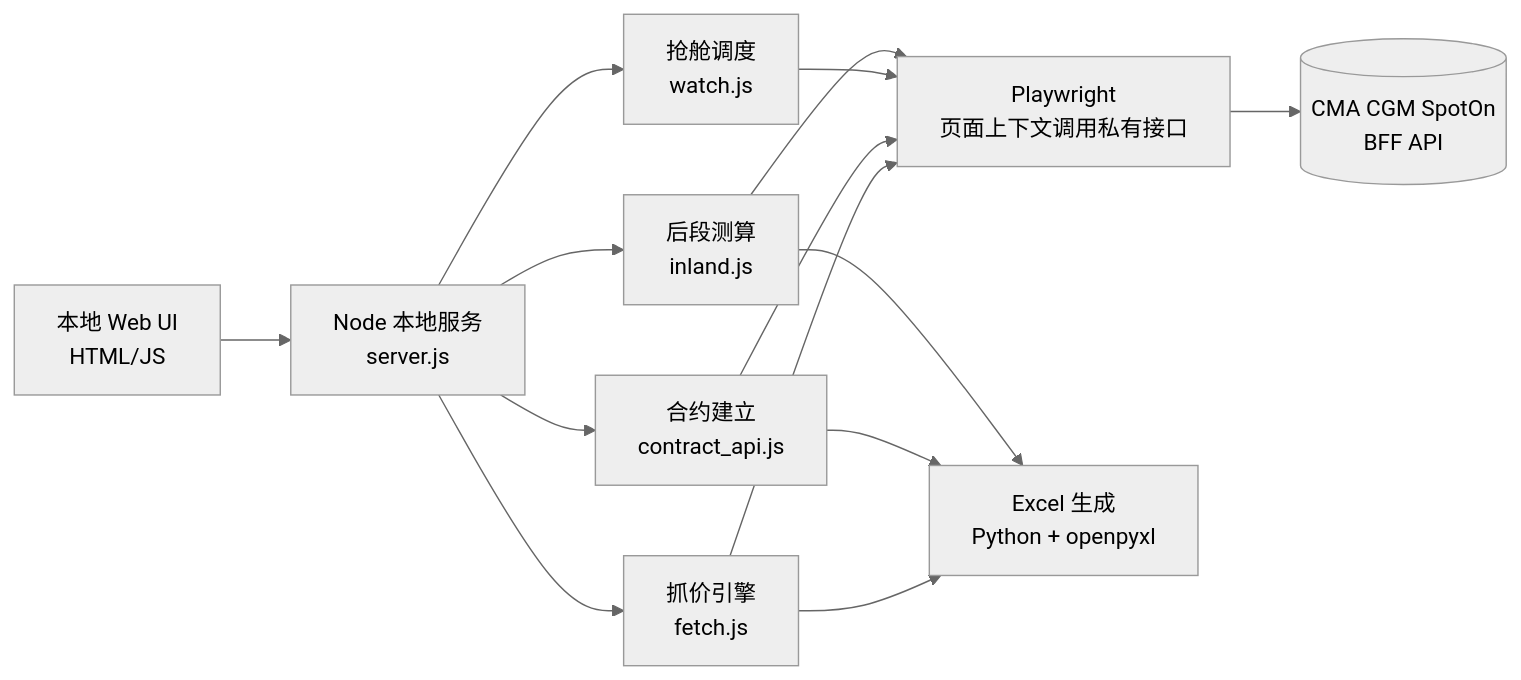
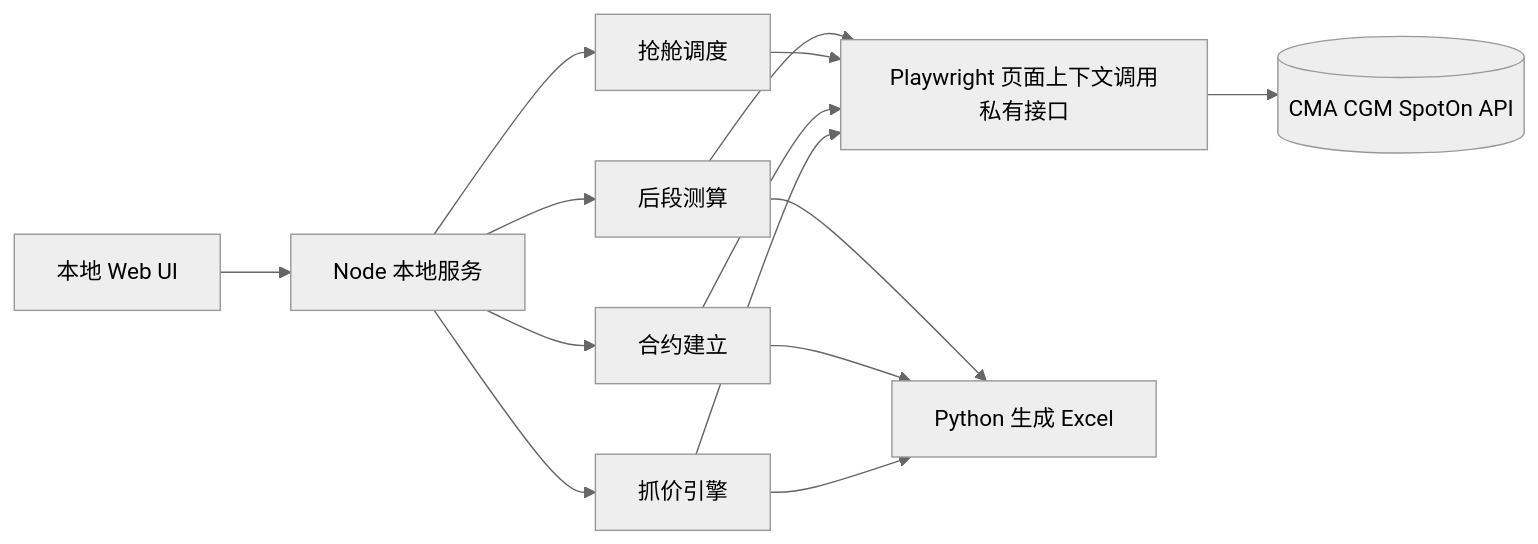
One commit to Akash1QWQ/cma-spoton-suite changed the diagram in README.md. Above: the diagram before and after it, drawn with Mermaid (neutral theme). The commit also changed other lines of this file, not shown here.

````diff
--- a/README.md
+++ b/README.md
@@ -24,16 +24,16 @@
 ```mermaid
 graph LR
-  A[本地 Web UI<br/>HTML/JS] --> B[Node 本地服务<br/>server.js]
-  B --> C[抓价引擎<br/>fetch.js]
-  B --> D[合约建立<br/>contract_api.js]
-  B --> E[抢舱调度<br/>watch.js]
-  B --> F[后段测算<br/>inland.js]
-  C --> G[Playwright<br/>页面上下文调用私有接口]
+  A[本地 Web UI] --> B[Node 本地服务]
+  B --> C[抓价引擎]
+  B --> D[合约建立]
+  B --> E[抢舱调度]
+  B --> F[后段测算]
+  C --> G[Playwright 页面上下文调用私有接口]
   D --> G
   E --> G
   F --> G
-  C --> H[Excel 生成<br/>Python + openpyxl]
+  C --> H[Python 生成 Excel]
   D --> H
   F --> H
-  G --> I[(CMA CGM SpotOn<br/>BFF API)]
+  G --> I[(CMA CGM SpotOn API)]
 ```
````
